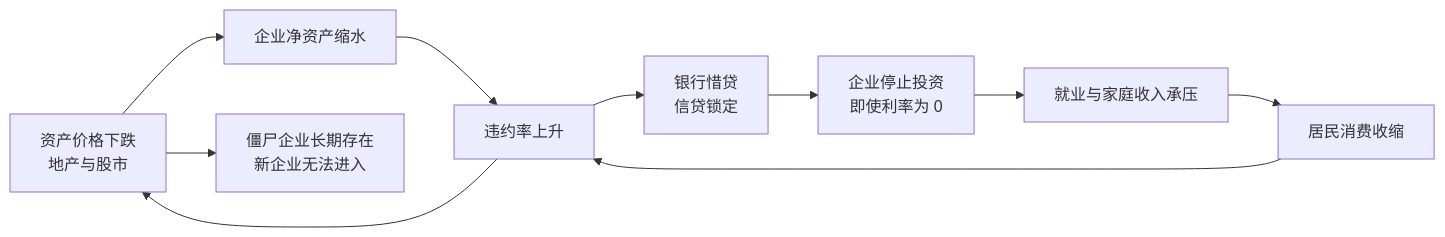
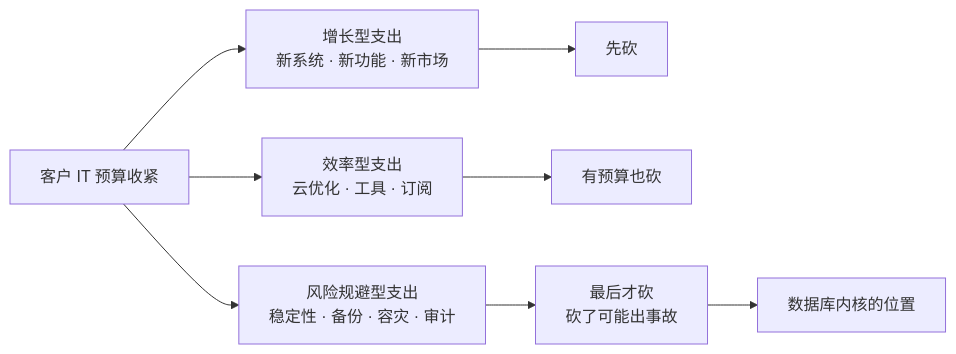
One commit to growdu/blog changed the diagram in docs/life/economic-downturn-strategy/index.md. Above: the diagram before and after it, drawn with Mermaid. The commit also changed other lines of this file and 1 other file, not shown here.

````diff
--- a/docs/life/economic-downturn-strategy/index.md
+++ b/docs/life/economic-downturn-strategy/index.md
@@ -312,12 +118,10 @@
 ```mermaid
 flowchart LR
-    P["资产价格下跌<br/>地产与股市"] --> B["企业净资产缩水"]
-    B --> D["违约率上升"]
-    D --> L["银行惜贷<br/>信贷锁定"]
-    L --> I["企业停止投资<br/>即使利率为 0"]
-    I --> E["就业与家庭收入承压"]
-    E --> C["居民消费收缩"]
-    C --> D
-    D --> P
-    P --> Z["僵尸企业长期存在<br/>新企业无法进入"]
+    A["客户 IT 预算收紧"] --> B["增长型支出<br/>新系统 · 新功能 · 新市场"]
+    A --> C["效率型支出<br/>云优化 · 工具 · 订阅"]
+    A --> D["风险规避型支出<br/>稳定性 · 备份 · 容灾 · 审计"]
+    B --> E["先砍"]
+    C --> F["有预算也砍"]
+    D --> G["最后才砍<br/>砍了可能出事故"]
+    G --> H["数据库内核的位置"]
 ```
````
